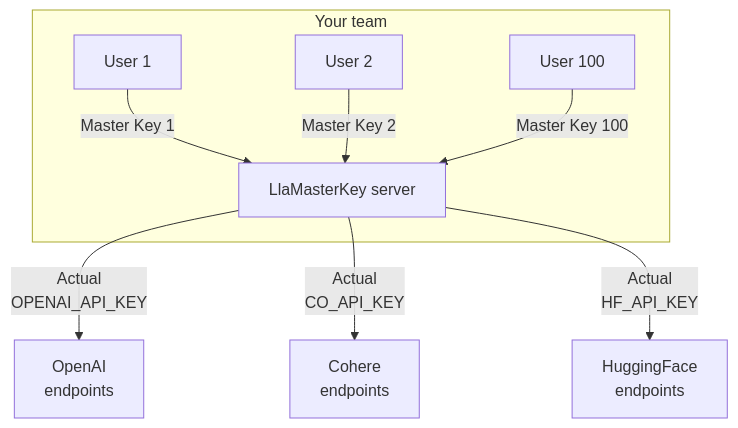
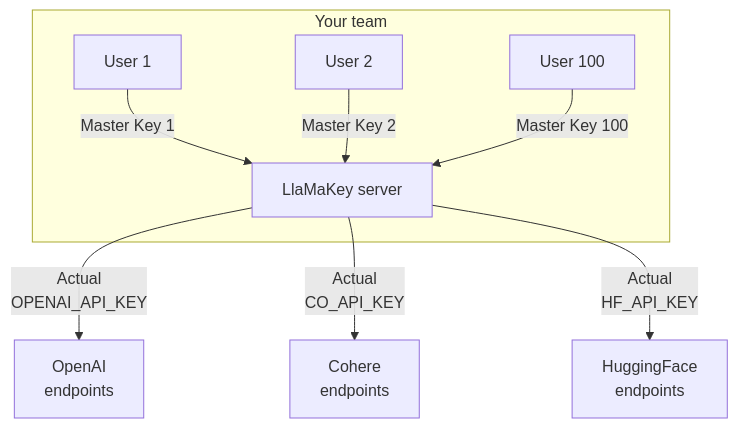
One commit to TexteaInc/LlaMasterKey changed the diagram in README.md. Above: the diagram before and after it, drawn with Mermaid. The commit also changed other lines of this file and 1 other file, not shown here.

````diff
--- a/README.md
+++ b/README.md
@@ -12,11 +13,11 @@
 ```mermaid
 graph TD
    subgraph Your team
-     A[User 1] -- Master Key 1 --> L["LlaMasterKey server"]
+     A[User 1] -- Master Key 1 --> L["LlaMaKey server"]
      B[User 2] -- Master Key 2 --> L
      C[User 100] -- Master Key 100 --> L
    end
     L -- Actual <br> OPENAI_API_KEY --> O[OpenAI <br> endpoints]
     L -- Actual <br> CO_API_KEY--> P[Cohere <br> endpoints]
     L -- Actual <br> HF_API_KEY--> Q[HuggingFace  <br>endpoints]
 ```
````
